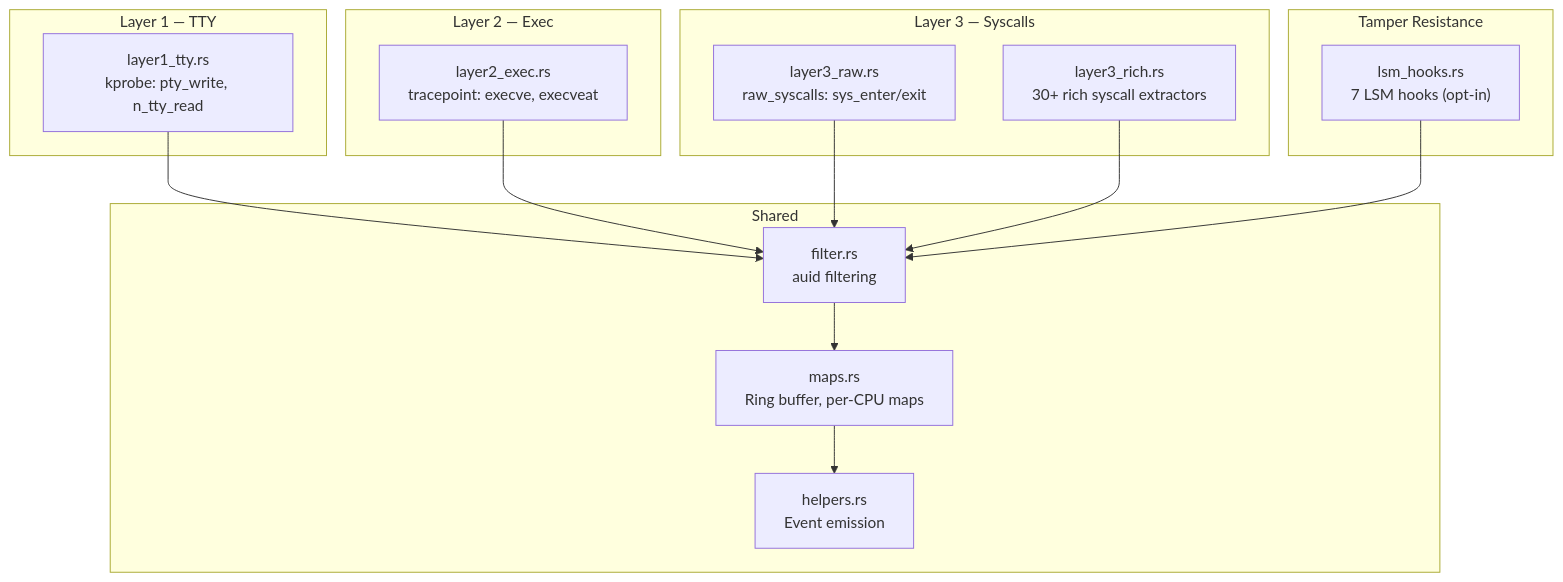
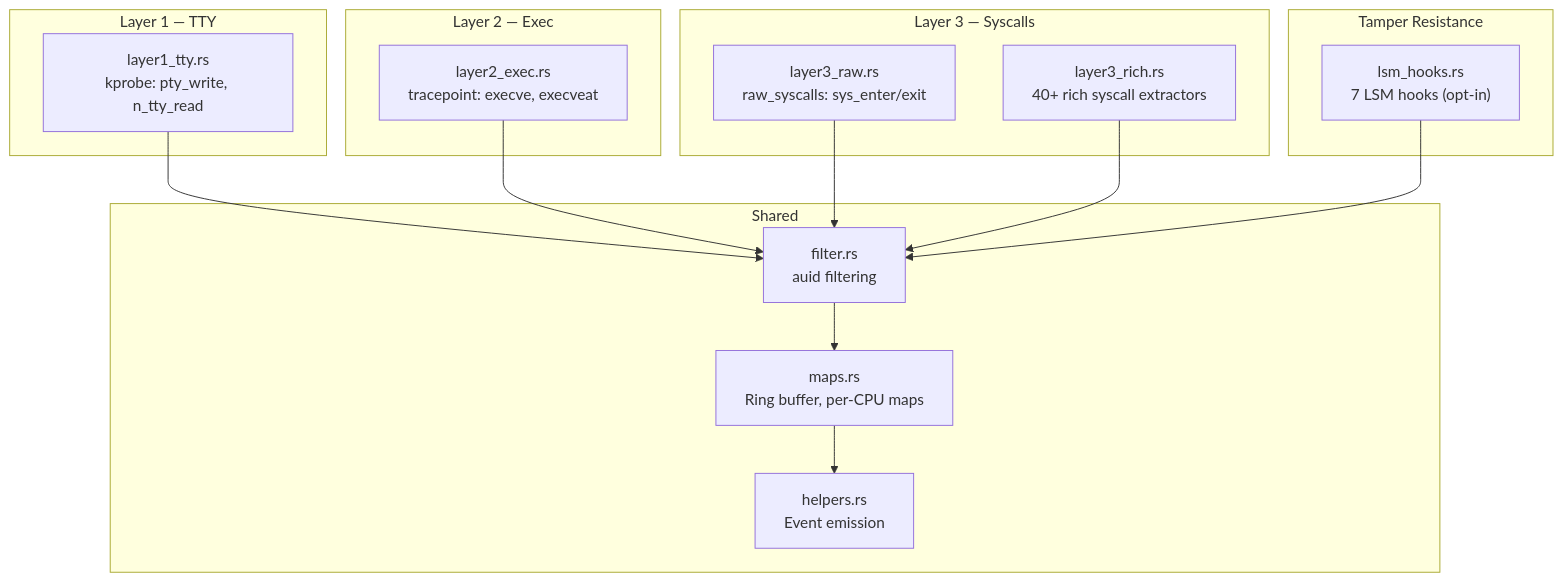
One commit to abyss0-dev/bloodhound changed the diagram in bloodhound-ebpf/README.md. Above: the diagram before and after it, drawn with Mermaid. The commit also changed other lines of this file and 8 other files, not shown here.

````diff
--- a/bloodhound-ebpf/README.md
+++ b/bloodhound-ebpf/README.md
@@ -7,25 +7,25 @@
 ```mermaid
 graph TD
     subgraph "Layer 1 — TTY"
         TTY["layer1_tty.rs<br/>kprobe: pty_write, n_tty_read"]
     end
     subgraph "Layer 2 — Exec"
         EXEC["layer2_exec.rs<br/>tracepoint: execve, execveat"]
     end
     subgraph "Layer 3 — Syscalls"
         RAW["layer3_raw.rs<br/>raw_syscalls: sys_enter/exit"]
-        RICH["layer3_rich.rs<br/>30+ rich syscall extractors"]
+        RICH["layer3_rich.rs<br/>40+ rich syscall extractors"]
     end
     subgraph "Tamper Resistance"
         LSM["lsm_hooks.rs<br/>7 LSM hooks (opt-in)"]
     end
     subgraph "Shared"
         FILTER["filter.rs<br/>auid filtering"]
         MAPS["maps.rs<br/>Ring buffer, per-CPU maps"]
         HELPERS["helpers.rs<br/>Event emission"]
     end
 
     TTY & EXEC & RAW & RICH & LSM --> FILTER
     FILTER --> MAPS
     MAPS --> HELPERS
 ```
````
